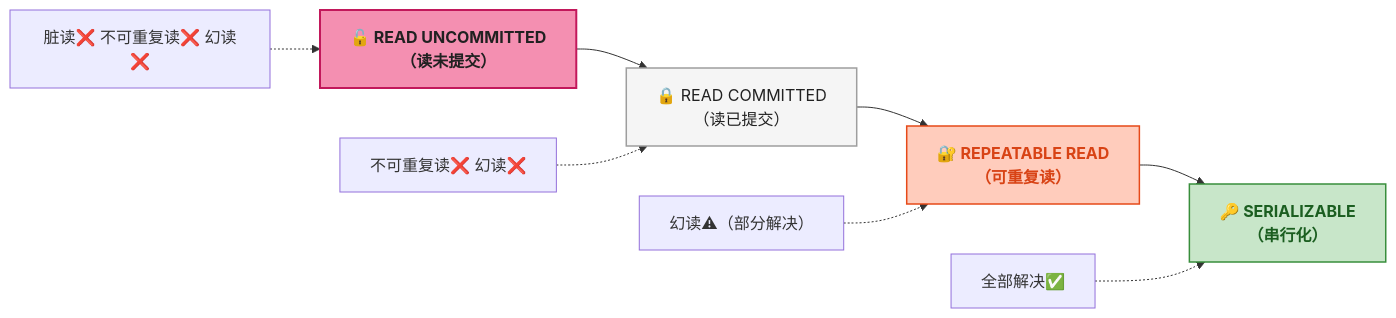
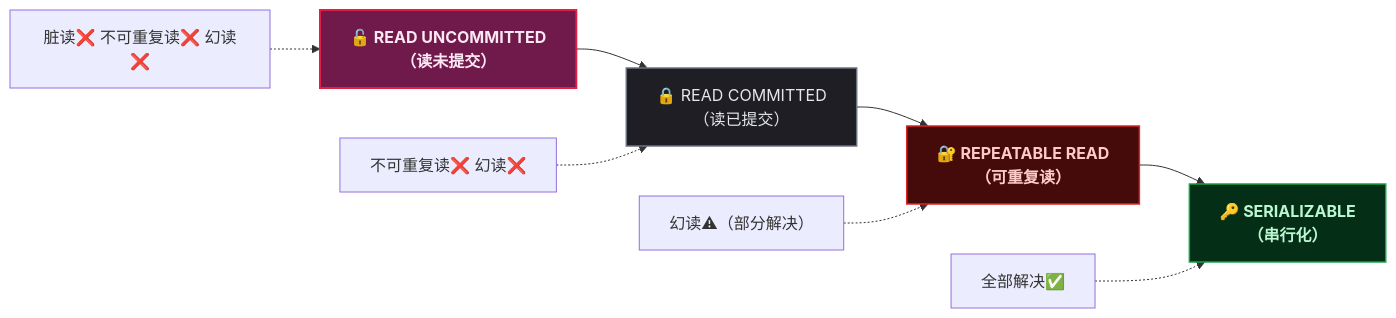
Before and after one commit to yaocat55/yaocat55.github.io: the diagram in content/posts/mysql/MysqlTransactionMvcc.md, drawn with Mermaid. The commit also changed 155 other files, not shown here.

````diff
--- a/content/posts/mysql/MysqlTransactionMvcc.md
+++ b/content/posts/mysql/MysqlTransactionMvcc.md
@@ -39,20 +39,20 @@
 ```mermaid
 flowchart LR
-    RU["🔓 READ UNCOMMITTED<br/>（读未提交）"] --> RC["🔒 READ COMMITTED<br/>（读已提交）"]
-    RC --> RR["🔐 REPEATABLE READ<br/>（可重复读）"]
-    RR --> SR["🔑 SERIALIZABLE<br/>（串行化）"]
+    RU["🔓 READ UNCOMMITTED\n（读未提交）"] --> RC["🔒 READ COMMITTED\n（读已提交）"]
+    RC --> RR["🔐 REPEATABLE READ\n（可重复读）"]
+    RR --> SR["🔑 SERIALIZABLE\n（串行化）"]
     RU_label["脏读❌ 不可重复读❌ 幻读❌"] -.-> RU
     RC_label["不可重复读❌ 幻读❌"] -.-> RC
     RR_label["幻读⚠（部分解决）"] -.-> RR
     SR_label["全部解决✅"] -.-> SR
 
-    classDef startEnd fill:#F48FB1,stroke:#C2185B,stroke-width:2px,color:#212121,font-weight:bold
-    classDef process fill:#F5F5F5,stroke:#9E9E9E,stroke-width:1.5px,color:#212121
-    classDef highlight fill:#FFCCBC,stroke:#E64A19,stroke-width:1.5px,color:#D84315,font-weight:bold
-    classDef data fill:#C8E6C9,stroke:#388E3C,stroke-width:1.5px,color:#1B5E20,font-weight:bold
+classDef startEnd fill:#701a4c,stroke:#e11d48,stroke-width:2px,color:#fce7f3,font-weight:bold;
+classDef process fill:#1e1e24,stroke:#6b7280,stroke-width:1.5px,color:#e5e7eb;
+classDef highlight fill:#450a0a,stroke:#dc2626,stroke-width:1.5px,color:#fecaca,font-weight:bold;
+classDef data fill:#052e16,stroke:#16a34a,stroke-width:1.5px,color:#bbf7d0,font-weight:bold;
 
     class RU startEnd
     class RC process
     class RR highlight
     class SR data
 ```
````
